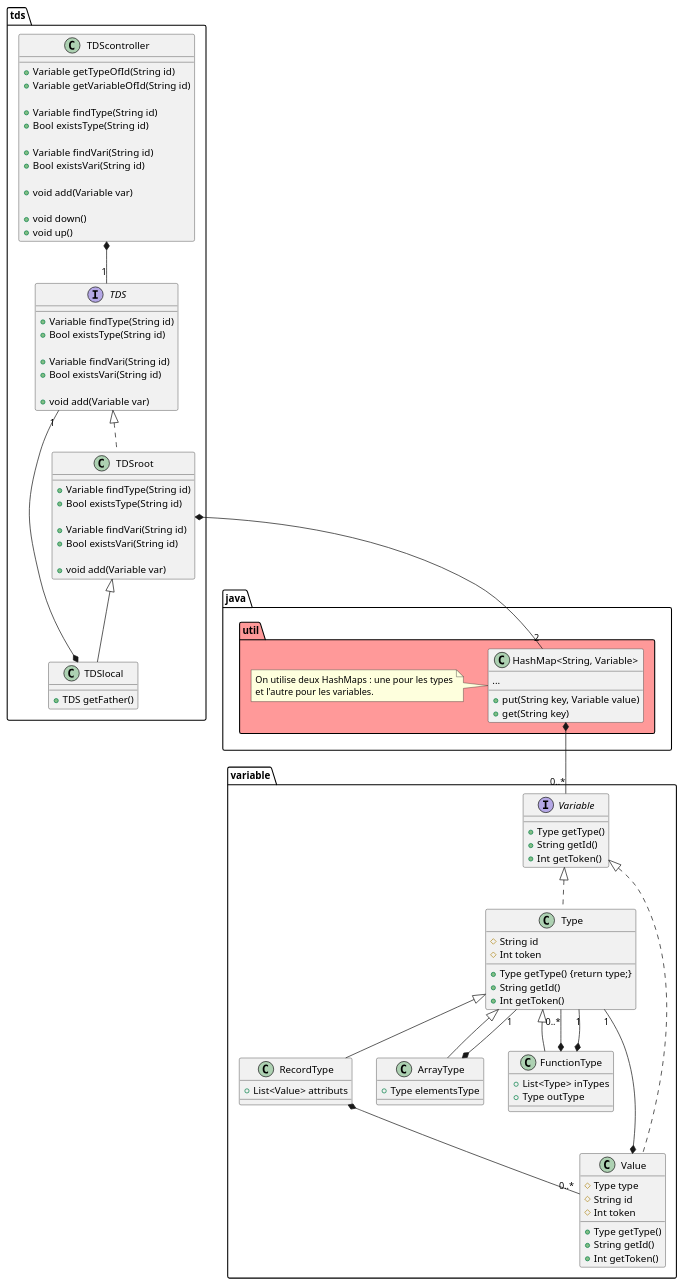
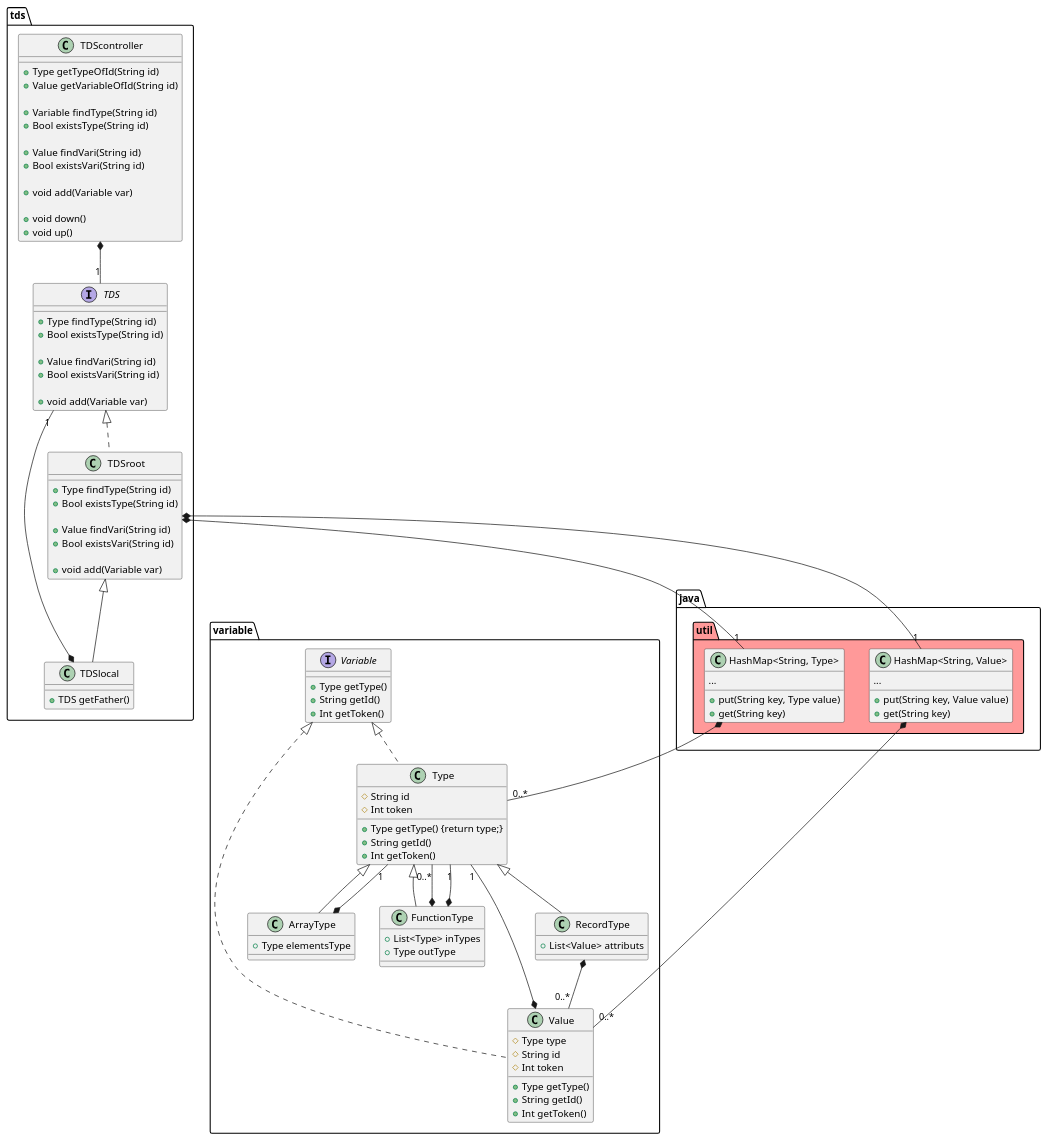
Before and after one commit to Tiger-compiler-team-2023/tiger-compiler: the diagram in AntlrMavenProject/chaoscompiler/src/main/java/eu/tn/chaoscompiler/tdstool/README.figures/TDS.puml, drawn with PlantUML. The commit also changed 5 other files, not shown here.

```diff
--- a/AntlrMavenProject/chaoscompiler/src/main/java/eu/tn/chaoscompiler/tdstool/README.figures/TDS.puml
+++ b/AntlrMavenProject/chaoscompiler/src/main/java/eu/tn/chaoscompiler/tdstool/README.figures/TDS.puml
@@ -1,106 +1,111 @@
 @startuml
 
 package tds {
 
   class TDScontroller {
-    +Variable getTypeOfId(String id)
-    +Variable getVariableOfId(String id)
+    +Type getTypeOfId(String id)
+    +Value getVariableOfId(String id)
 
     +Variable findType(String id)
     +Bool existsType(String id)
 
-    +Variable findVari(String id)
+    +Value findVari(String id)
     +Bool existsVari(String id)
 
     +void add(Variable var)
 
     +void down()
     +void up()
   }
 
   interface TDS {
-    +Variable findType(String id)
+    +Type findType(String id)
     +Bool existsType(String id)
 
-    +Variable findVari(String id)
+    +Value findVari(String id)
     +Bool existsVari(String id)
 
     +void add(Variable var)
   }
 
   class TDSroot implements TDS {
-    +Variable findType(String id)
+    +Type findType(String id)
     +Bool existsType(String id)
 
-    +Variable findVari(String id)
+    +Value findVari(String id)
     +Bool existsVari(String id)
     
     +void add(Variable var)
   }
 
   class TDSlocal extends TDSroot {
     +TDS getFather()
   }
 }
 
 package variable {
 
   Interface Variable {
     +Type getType()
     +String getId()
     +Int getToken()
   }
 
   class Type implements Variable {
     #String id
     #Int token
 
     +Type getType() {return type;}
     +String getId()
     +Int getToken()
   }
 
   class RecordType extends Type {
     +List<Value> attributs
   }
 
   class ArrayType extends Type {
     +Type elementsType
   }
 
   class FunctionType extends Type {
     +List<Type> inTypes
     +Type outType
   }
 
   class Value implements Variable {
     #Type type
     #String id
     #Int token
 
     +Type getType()
     +String getId()
     +Int getToken()
   }
 }
 
 package java.util #ff9999 {
-  class "HashMap<String, Variable>"
-  note left: On utilise deux HashMaps : une pour les types\net l'autre pour les variables.
-  class "HashMap<String, Variable>" {
+  class "HashMap<String, Type>" {
     ...
-    +put(String key, Variable value)
+    +put(String key, Type value)
+    +get(String key)
+  }
+  class "HashMap<String, Value>" {
+    ...
+    +put(String key, Value value)
     +get(String key)
   }
 }
 
 TDScontroller *--"1" TDS
 TDSlocal *--"1" TDS
-TDSroot *--"2" "HashMap<String, Variable>"
-"HashMap<String, Variable>" *--"0..*" Variable
+TDSroot *--"1" "HashMap<String, Type>"
+TDSroot *--"1" "HashMap<String, Value>"
+"HashMap<String, Type>" *--"0..*" Type
+"HashMap<String, Value>" *--"0..*" Value
 Value *--"1" Type
 RecordType *--"0..*" Value
 ArrayType *--"1" Type
 FunctionType *--"0..*" Type
 FunctionType *--"1" Type
 @enduml
```
